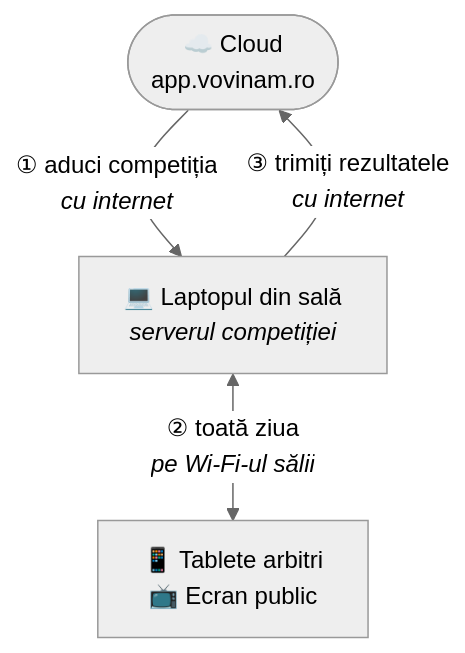
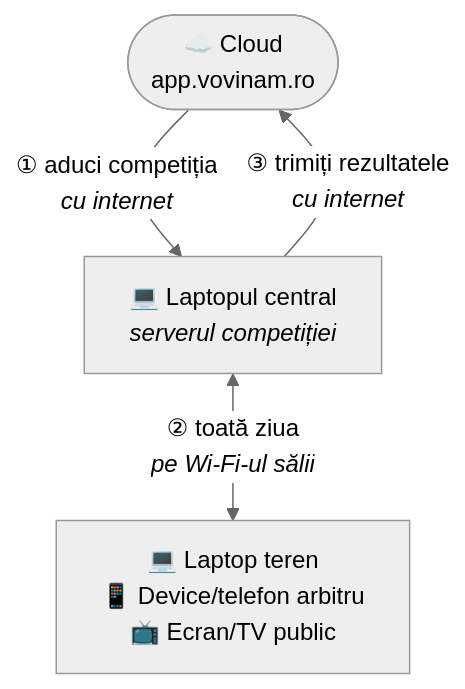
The first of 4 diagrams in docs/GHID_COMPETITIE_LOCALA.md (gabimolocea/vovinam-admin), drawn with Mermaid (neutral theme) before and after one commit. The commit also changed other lines of this file and 2 other files, not shown here.

````diff
--- a/docs/GHID_COMPETITIE_LOCALA.md
+++ b/docs/GHID_COMPETITIE_LOCALA.md
@@ -6,9 +6,9 @@
 ```mermaid
 flowchart TD
     C(["☁️ Cloud<br/>app.vovinam.ro"])
-    L["💻 Laptopul din sală<br/><i>serverul competiției</i>"]
-    D["📱 Tablete arbitri<br/>📺 Ecran public"]
+    L["💻 Laptopul central<br/><i>serverul competiției</i>"]
+    D["💻 Laptop teren<br/>📱 Device/telefon arbitru<br/>📺 Ecran/TV public"]
     C -- "① aduci competiția<br/><i>cu internet</i>" --> L
     L -- "③ trimiți rezultatele<br/><i>cu internet</i>" --> C
     L <-- "② toată ziua<br/><i>pe Wi-Fi-ul sălii</i>" --> D
 ```
````
